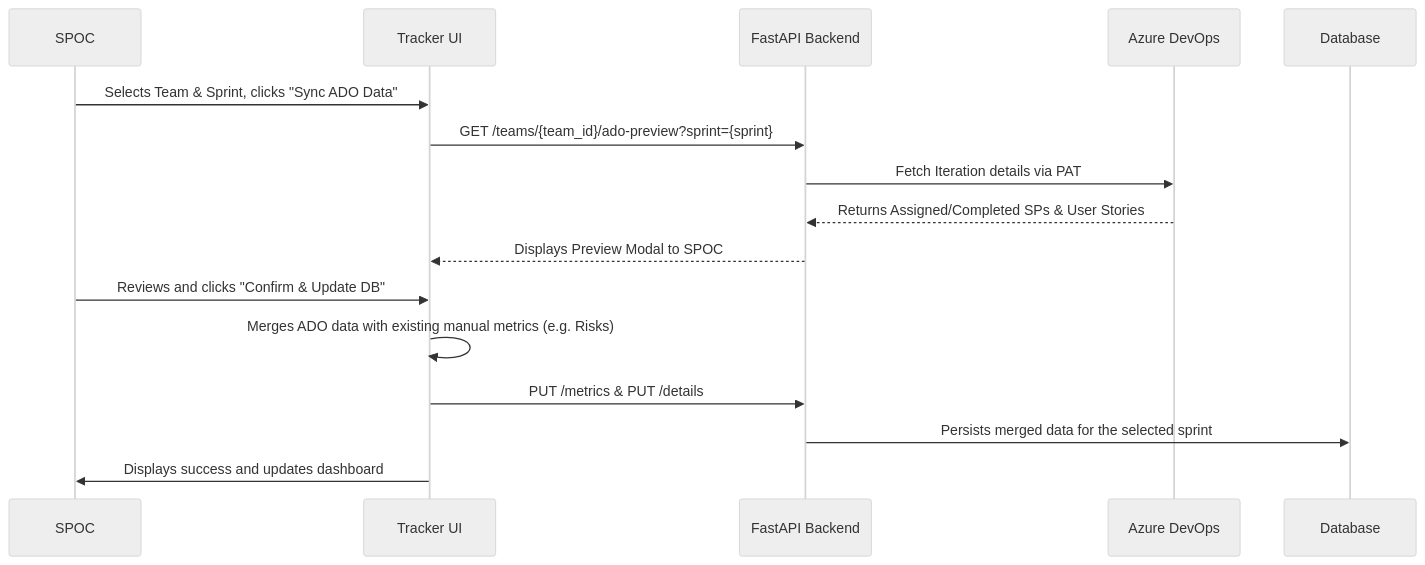
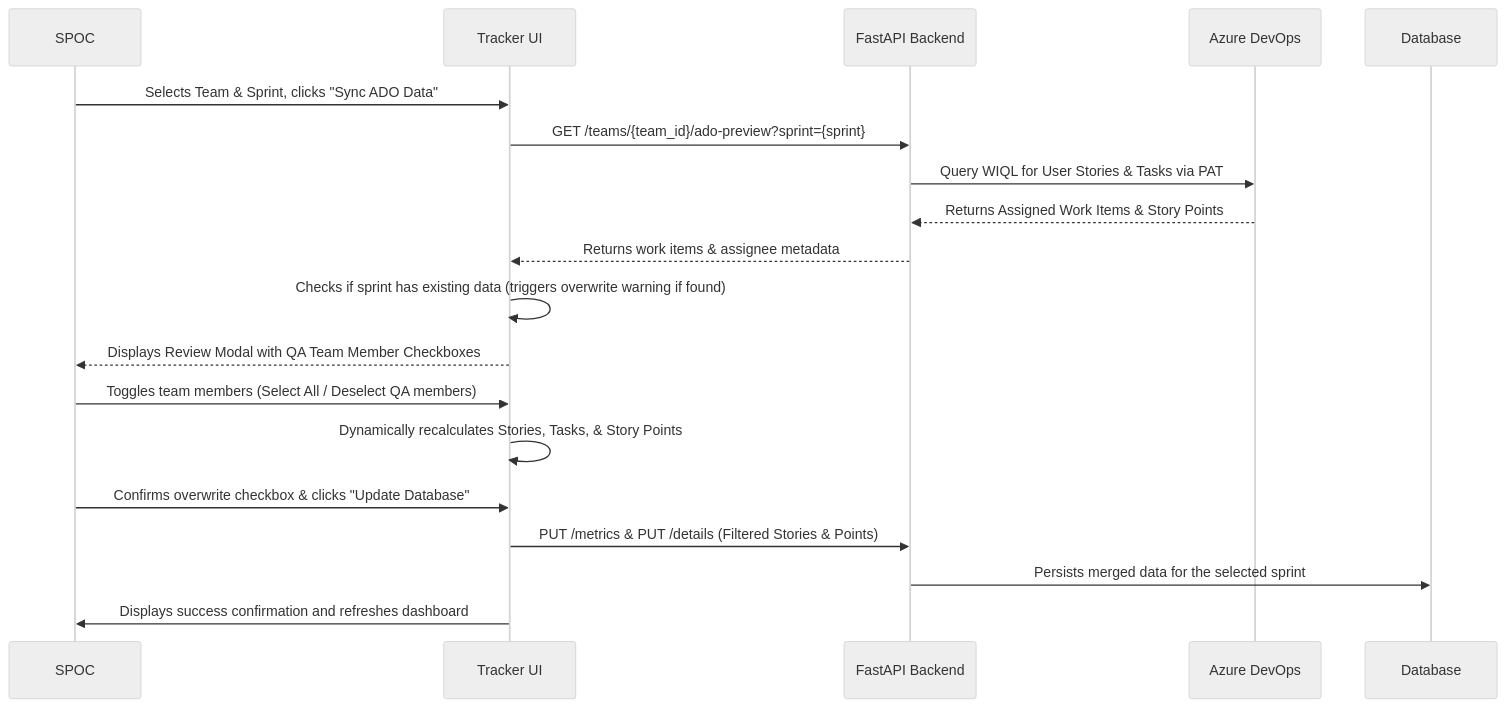
Before and after one commit to Priyobroto99/ADO-AI-Integration: the second of 2 diagrams in README.md, drawn with Mermaid (neutral theme). The commit also changed other lines of this file and 18 other files, not shown here.

Commit message:
feat: add user story vs task classification, selective QA member ADO sync, overwrite safeguards, and update documentation

````diff
--- a/README.md
+++ b/README.md
@@ -51,19 +72,22 @@
 ```mermaid
 sequenceDiagram
     participant SPOC
     participant UI as Tracker UI
     participant API as FastAPI Backend
     participant ADO as Azure DevOps
     participant DB as Database
 
     SPOC->>UI: Selects Team & Sprint, clicks "Sync ADO Data"
     UI->>API: GET /teams/{team_id}/ado-preview?sprint={sprint}
-    API->>ADO: Fetch Iteration details via PAT
-    ADO-->>API: Returns Assigned/Completed SPs & User Stories
-    API-->>UI: Displays Preview Modal to SPOC
-    SPOC->>UI: Reviews and clicks "Confirm & Update DB"
-    UI->>UI: Merges ADO data with existing manual metrics (e.g. Risks)
-    UI->>API: PUT /metrics & PUT /details
+    API->>ADO: Query WIQL for User Stories & Tasks via PAT
+    ADO-->>API: Returns Assigned Work Items & Story Points
+    API-->>UI: Returns work items & assignee metadata
+    UI->>UI: Checks if sprint has existing data (triggers overwrite warning if found)
+    UI-->>SPOC: Displays Review Modal with QA Team Member Checkboxes
+    SPOC->>UI: Toggles team members (Select All / Deselect QA members)
+    UI->>UI: Dynamically recalculates Stories, Tasks, & Story Points
+    SPOC->>UI: Confirms overwrite checkbox & clicks "Update Database"
+    UI->>API: PUT /metrics & PUT /details (Filtered Stories & Points)
     API->>DB: Persists merged data for the selected sprint
-    UI->>SPOC: Displays success and updates dashboard
+    UI->>SPOC: Displays success confirmation and refreshes dashboard
 ```
````
